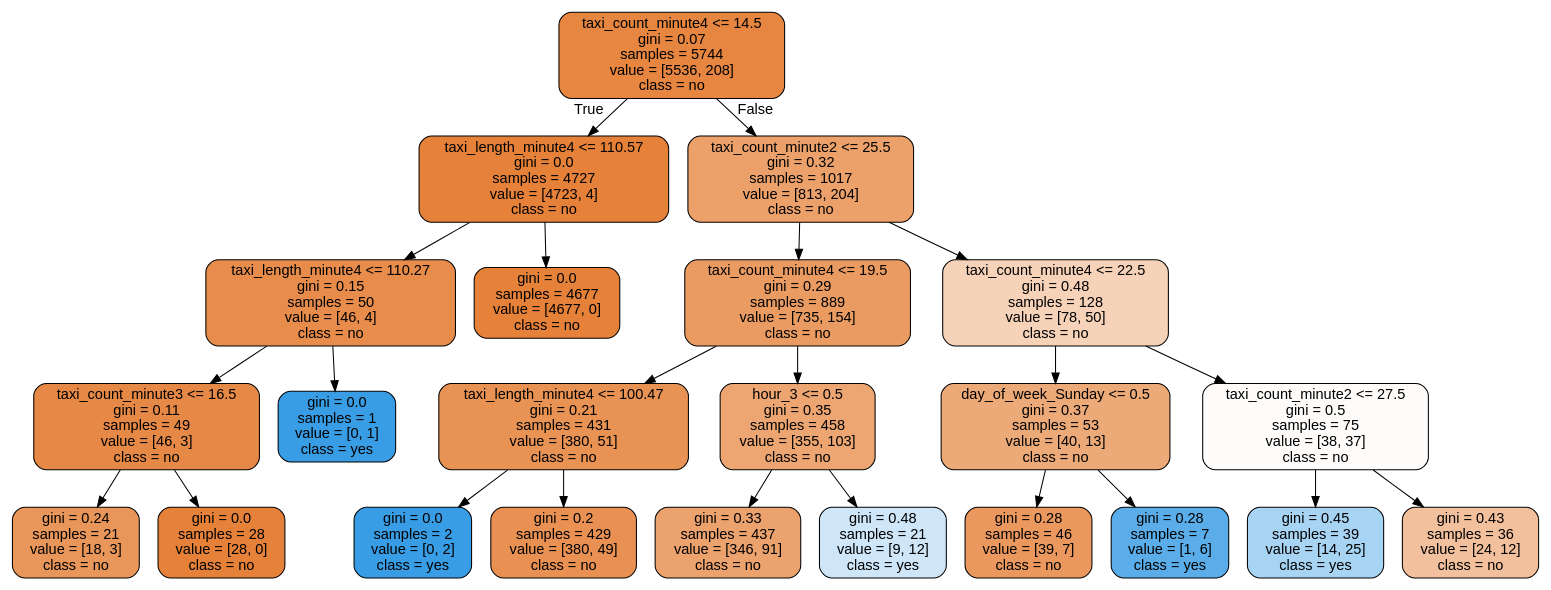
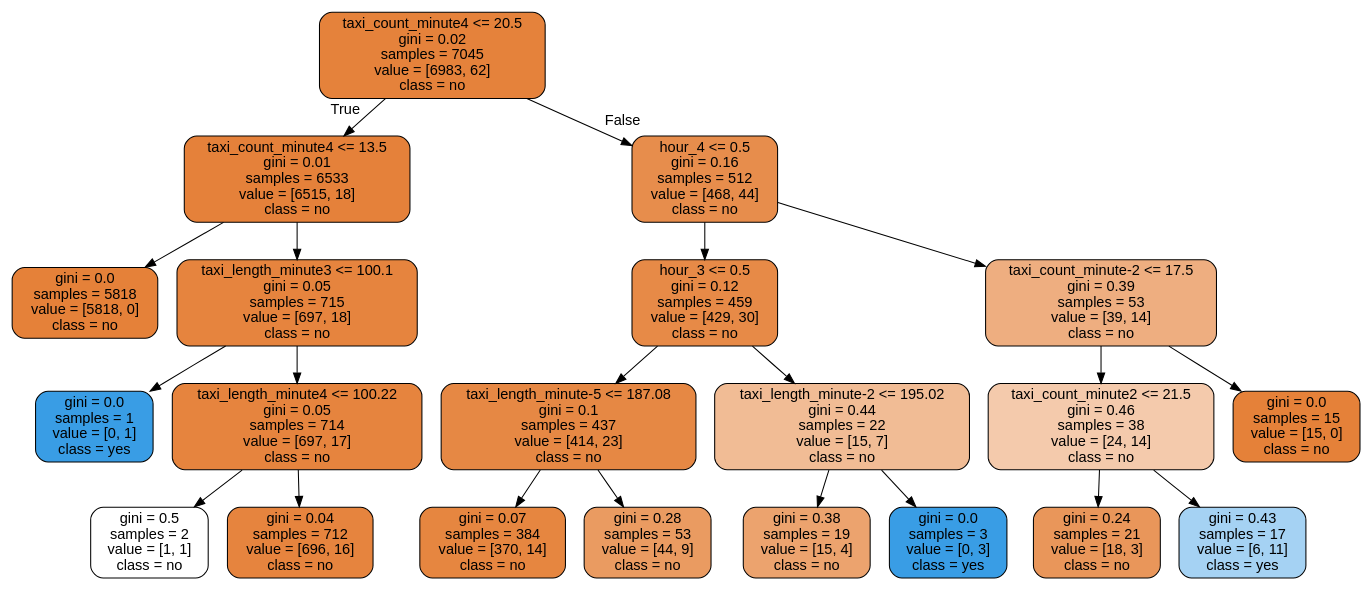
The diagram in t3_heavy_congestion.dot (DungDinhDungDinh/capstone_project), drawn with Graphviz before and after one commit. The commit also changed 550 other files, not shown here.

```diff
--- a/t3_heavy_congestion.dot
+++ b/t3_heavy_congestion.dot
@@ -1,49 +1,45 @@
 digraph Tree {
 node [shape=box, style="filled, rounded", color="black", fontname="helvetica"] ;
 edge [fontname="helvetica"] ;
-0 [label="taxi_count_minute4 <= 14.5\ngini = 0.07\nsamples = 5744\nvalue = [5536, 208]\nclass = no", fillcolor="#e68640"] ;
-1 [label="taxi_length_minute4 <= 110.57\ngini = 0.0\nsamples = 4727\nvalue = [4723, 4]\nclass = no", fillcolor="#e58139"] ;
+0 [label="taxi_count_minute4 <= 20.5\ngini = 0.02\nsamples = 7045\nvalue = [6983, 62]\nclass = no", fillcolor="#e5823b"] ;
+1 [label="taxi_count_minute4 <= 13.5\ngini = 0.01\nsamples = 6533\nvalue = [6515, 18]\nclass = no", fillcolor="#e5813a"] ;
 0 -> 1 [labeldistance=2.5, labelangle=45, headlabel="True"] ;
-2 [label="taxi_length_minute4 <= 110.27\ngini = 0.15\nsamples = 50\nvalue = [46, 4]\nclass = no", fillcolor="#e78c4a"] ;
+2 [label="gini = 0.0\nsamples = 5818\nvalue = [5818, 0]\nclass = no", fillcolor="#e58139"] ;
 1 -> 2 ;
-3 [label="taxi_count_minute3 <= 16.5\ngini = 0.11\nsamples = 49\nvalue = [46, 3]\nclass = no", fillcolor="#e78946"] ;
-2 -> 3 ;
-4 [label="gini = 0.24\nsamples = 21\nvalue = [18, 3]\nclass = no", fillcolor="#e9965a"] ;
+3 [label="taxi_length_minute3 <= 100.1\ngini = 0.05\nsamples = 715\nvalue = [697, 18]\nclass = no", fillcolor="#e6843e"] ;
+1 -> 3 ;
+4 [label="gini = 0.0\nsamples = 1\nvalue = [0, 1]\nclass = yes", fillcolor="#399de5"] ;
 3 -> 4 ;
-5 [label="gini = 0.0\nsamples = 28\nvalue = [28, 0]\nclass = no", fillcolor="#e58139"] ;
+5 [label="taxi_length_minute4 <= 100.22\ngini = 0.05\nsamples = 714\nvalue = [697, 17]\nclass = no", fillcolor="#e6843e"] ;
 3 -> 5 ;
-6 [label="gini = 0.0\nsamples = 1\nvalue = [0, 1]\nclass = yes", fillcolor="#399de5"] ;
-2 -> 6 ;
-7 [label="gini = 0.0\nsamples = 4677\nvalue = [4677, 0]\nclass = no", fillcolor="#e58139"] ;
-1 -> 7 ;
-8 [label="taxi_count_minute2 <= 25.5\ngini = 0.32\nsamples = 1017\nvalue = [813, 204]\nclass = no", fillcolor="#eca16b"] ;
+6 [label="gini = 0.5\nsamples = 2\nvalue = [1, 1]\nclass = no", fillcolor="#ffffff"] ;
+5 -> 6 ;
+7 [label="gini = 0.04\nsamples = 712\nvalue = [696, 16]\nclass = no", fillcolor="#e6843e"] ;
+5 -> 7 ;
+8 [label="hour_4 <= 0.5\ngini = 0.16\nsamples = 512\nvalue = [468, 44]\nclass = no", fillcolor="#e78d4c"] ;
 0 -> 8 [labeldistance=2.5, labelangle=-45, headlabel="False"] ;
-9 [label="taxi_count_minute4 <= 19.5\ngini = 0.29\nsamples = 889\nvalue = [735, 154]\nclass = no", fillcolor="#ea9b62"] ;
+9 [label="hour_3 <= 0.5\ngini = 0.12\nsamples = 459\nvalue = [429, 30]\nclass = no", fillcolor="#e78a47"] ;
 8 -> 9 ;
-10 [label="taxi_length_minute4 <= 100.47\ngini = 0.21\nsamples = 431\nvalue = [380, 51]\nclass = no", fillcolor="#e89254"] ;
+10 [label="taxi_length_minute-5 <= 187.08\ngini = 0.1\nsamples = 437\nvalue = [414, 23]\nclass = no", fillcolor="#e68844"] ;
 9 -> 10 ;
-11 [label="gini = 0.0\nsamples = 2\nvalue = [0, 2]\nclass = yes", fillcolor="#399de5"] ;
+11 [label="gini = 0.07\nsamples = 384\nvalue = [370, 14]\nclass = no", fillcolor="#e68640"] ;
 10 -> 11 ;
-12 [label="gini = 0.2\nsamples = 429\nvalue = [380, 49]\nclass = no", fillcolor="#e89153"] ;
+12 [label="gini = 0.28\nsamples = 53\nvalue = [44, 9]\nclass = no", fillcolor="#ea9b61"] ;
 10 -> 12 ;
-13 [label="hour_3 <= 0.5\ngini = 0.35\nsamples = 458\nvalue = [355, 103]\nclass = no", fillcolor="#eda672"] ;
+13 [label="taxi_length_minute-2 <= 195.02\ngini = 0.44\nsamples = 22\nvalue = [15, 7]\nclass = no", fillcolor="#f1bc95"] ;
 9 -> 13 ;
-14 [label="gini = 0.33\nsamples = 437\nvalue = [346, 91]\nclass = no", fillcolor="#eca26d"] ;
+14 [label="gini = 0.38\nsamples = 19\nvalue = [15, 4]\nclass = no", fillcolor="#eca36e"] ;
 13 -> 14 ;
-15 [label="gini = 0.48\nsamples = 21\nvalue = [9, 12]\nclass = yes", fillcolor="#cee6f8"] ;
+15 [label="gini = 0.0\nsamples = 3\nvalue = [0, 3]\nclass = yes", fillcolor="#399de5"] ;
 13 -> 15 ;
-16 [label="taxi_count_minute4 <= 22.5\ngini = 0.48\nsamples = 128\nvalue = [78, 50]\nclass = no", fillcolor="#f6d2b8"] ;
+16 [label="taxi_count_minute-2 <= 17.5\ngini = 0.39\nsamples = 53\nvalue = [39, 14]\nclass = no", fillcolor="#eeae80"] ;
 8 -> 16 ;
-17 [label="day_of_week_Sunday <= 0.5\ngini = 0.37\nsamples = 53\nvalue = [40, 13]\nclass = no", fillcolor="#edaa79"] ;
+17 [label="taxi_count_minute2 <= 21.5\ngini = 0.46\nsamples = 38\nvalue = [24, 14]\nclass = no", fillcolor="#f4caac"] ;
 16 -> 17 ;
-18 [label="gini = 0.28\nsamples = 46\nvalue = [39, 7]\nclass = no", fillcolor="#ea985d"] ;
+18 [label="gini = 0.24\nsamples = 21\nvalue = [18, 3]\nclass = no", fillcolor="#e9965a"] ;
 17 -> 18 ;
-19 [label="gini = 0.28\nsamples = 7\nvalue = [1, 6]\nclass = yes", fillcolor="#5aade9"] ;
+19 [label="gini = 0.43\nsamples = 17\nvalue = [6, 11]\nclass = yes", fillcolor="#a5d2f3"] ;
 17 -> 19 ;
-20 [label="taxi_count_minute2 <= 27.5\ngini = 0.5\nsamples = 75\nvalue = [38, 37]\nclass = no", fillcolor="#fefcfa"] ;
+20 [label="gini = 0.0\nsamples = 15\nvalue = [15, 0]\nclass = no", fillcolor="#e58139"] ;
 16 -> 20 ;
-21 [label="gini = 0.45\nsamples = 39\nvalue = [14, 25]\nclass = yes", fillcolor="#a8d4f4"] ;
-20 -> 21 ;
-22 [label="gini = 0.43\nsamples = 36\nvalue = [24, 12]\nclass = no", fillcolor="#f2c09c"] ;
-20 -> 22 ;
 }
```
